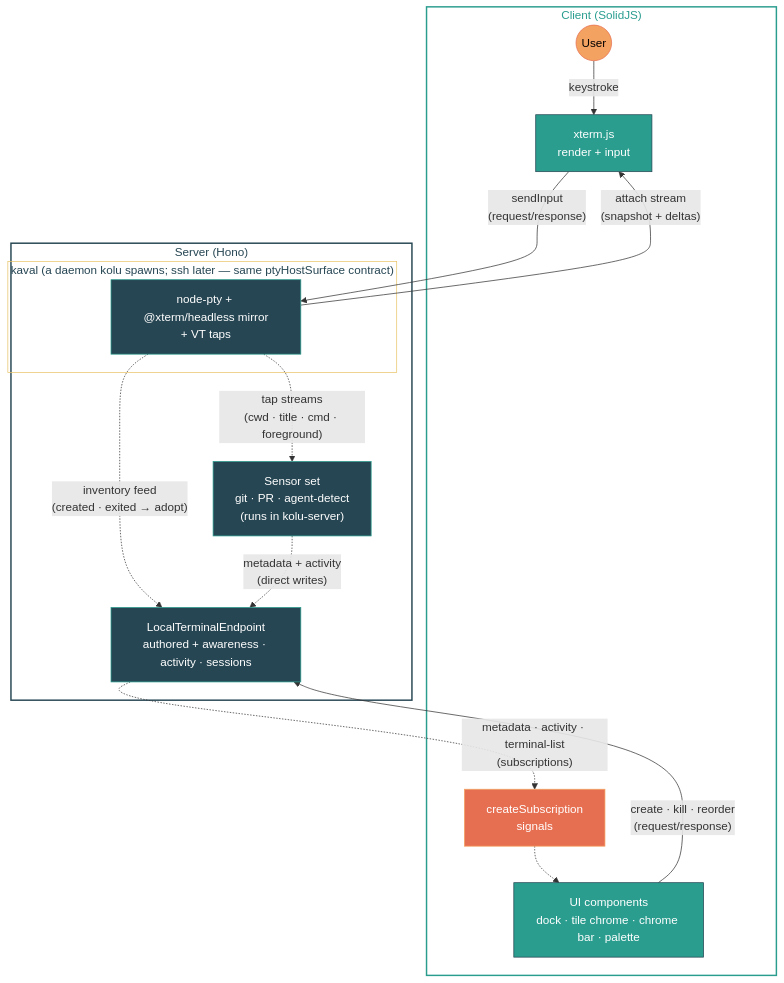
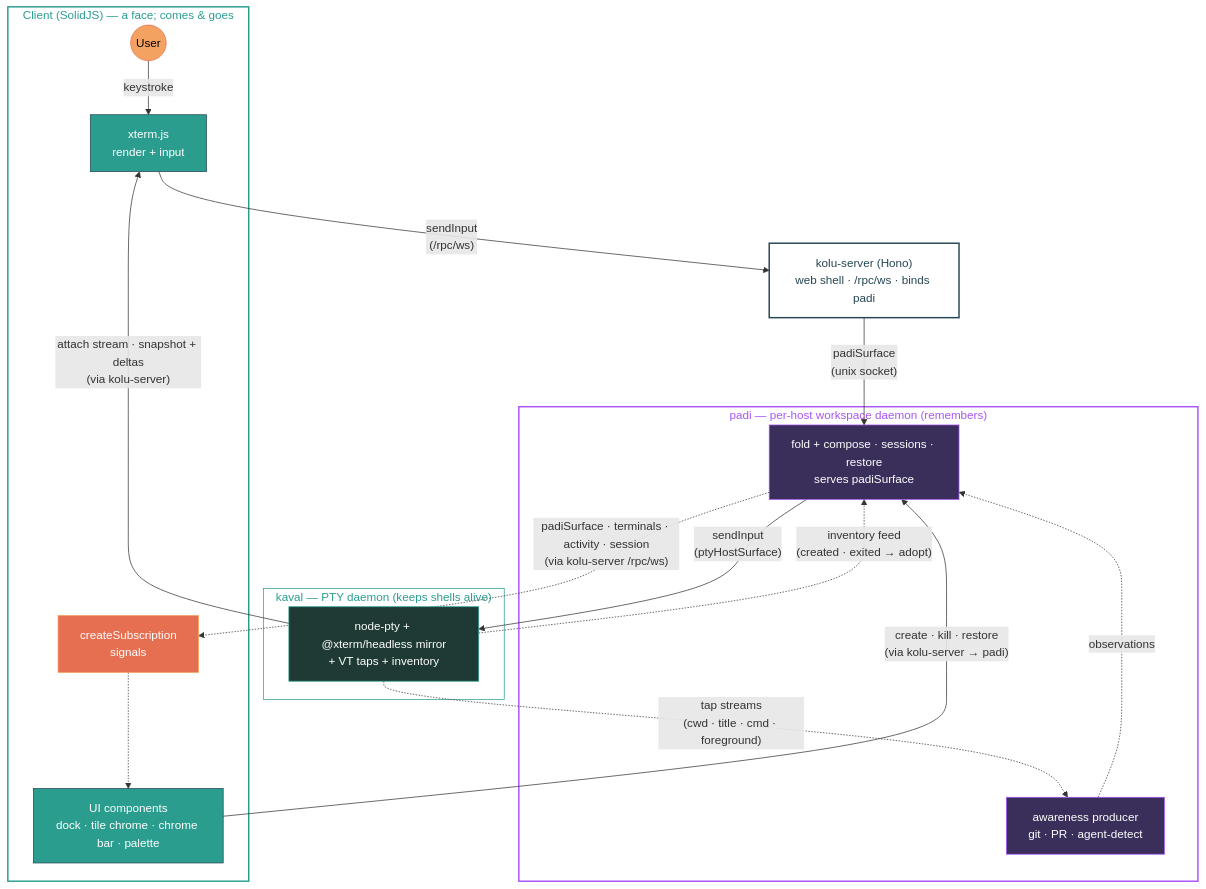
The diagram in README.md (juspay/kolu), drawn with Mermaid before and after one commit. The commit also changed other lines of this file and 1 other file, not shown here.

Commit message:
docs: correct pre-padi topology in README + do.md (post-W2.2)
The README architecture section still described the pre-padi world:
kolu-server owning/spawning kaval, sensors + the terminal endpoint running
in kolu-server, kaval namespaced by listen port, and "the padi process
arrives at W2.2" in future tense. Post-W2.2 (merged on master) the topology
is: PWA client → kolu-server (web shell, binds padi) → padi (per-host
workspace daemon; owns kaval) → kaval. Redrew the data-flow mermaid diagram
with a padi layer, and fixed the communication/data-flow prose and the
package-table rows accordingly. Added a padi/kaval doc-home pointer to
.agency/do.md so future topology changes land in the right READMEs.

Describes only what is merged on master; remote hosts (W3) stay "coming".

Claude-Session: https://claude.ai/code/session_01RfCSo9oyxyPeh3nyzYw5SD

````diff
--- a/README.md
+++ b/README.md
@@ -263,41 +265,49 @@
 ```mermaid
 flowchart TB
-  subgraph Client["Client (SolidJS)"]
+  subgraph Client["Client (SolidJS) — a face; comes & goes"]
     User((User)):::user
     Xterm["xterm.js\nrender + input"]:::client
     Subs["createSubscription\nsignals"]:::cache
     UI["UI components\ndock · tile chrome · chrome bar · palette"]:::client
   end
 
-  subgraph Server["Server (Hono)"]
-    subgraph PtyHost["kaval (a daemon kolu spawns; ssh later — same ptyHostSurface contract)"]
-      Host["node-pty + @xterm/headless mirror\n+ VT taps"]:::server
-    end
-    Sensors["Sensor set\ngit · PR · agent-detect\n(runs in kolu-server)"]:::server
-    Backend["LocalTerminalEndpoint\nauthored + awareness · activity · sessions"]:::server
+  Server["kolu-server (Hono)\nweb shell · /rpc/ws · binds padi"]:::server
+
+  subgraph Padi["padi — per-host workspace daemon (remembers)"]
+    Sensors["awareness producer\ngit · PR · agent-detect"]:::padi
+    Backend["fold + compose · sessions · restore\nserves padiSurface"]:::padi
   end
 
-  %% Terminal I/O loop (through the ptyHostSurface contract)
+  subgraph Kaval["kaval — PTY daemon (keeps shells alive)"]
+    Host["node-pty + @xterm/headless mirror\n+ VT taps + inventory"]:::kaval
+  end
+
+  %% Terminal I/O loop (browser → kolu-server → padi → kaval, over the contracts)
   User -->|"keystroke"| Xterm
-  Xterm -->|"sendInput\n(request/response)"| Host
-  Host -->|"attach stream\n(snapshot + deltas)"| Xterm
+  Xterm -->|"sendInput\n(/rpc/ws)"| Server
+  Server -->|"padiSurface\n(unix socket)"| Backend
+  Backend -->|"sendInput\n(ptyHostSurface)"| Host
+  Host -->|"attach stream · snapshot + deltas\n(via kolu-server)"| Xterm
 
   %% Metadata loop
   Host -.->|"tap streams\n(cwd · title · cmd · foreground)"| Sensors
   Host -.->|"inventory feed\n(created · exited → adopt)"| Backend
-  Sensors -.->|"metadata + activity\n(direct writes)"| Backend
-  Backend -.->|"metadata · activity · terminal-list\n(subscriptions)"| Subs
+  Sensors -.->|"observations"| Backend
+  Backend -.->|"padiSurface · terminals · activity · session\n(via kolu-server /rpc/ws)"| Subs
   Subs -.-> UI
 
   %% User actions
-  UI -->|"create · kill · reorder\n(request/response)"| Backend
+  UI -->|"create · kill · restore\n(via kolu-server → padi)"| Backend
 
   classDef user fill:#f4a261,stroke:#e76f51,color:#000
   classDef client fill:#2a9d8f,stroke:#264653,color:#fff
   classDef cache fill:#e76f51,stroke:#f4a261,color:#fff
   classDef server fill:#264653,stroke:#2a9d8f,color:#fff
+  classDef padi fill:#3a2f5b,stroke:#a855f7,color:#fff
+  classDef kaval fill:#1f3a34,stroke:#2a9d8f,color:#fff
 
   style Client fill:none,stroke:#2a9d8f,stroke-width:2px,color:#2a9d8f
   style Server fill:none,stroke:#264653,stroke-width:2px,color:#264653
-  style PtyHost fill:none,stroke:#e9c46a,stroke-width:1px,color:#264653
+  style Padi fill:none,stroke:#a855f7,stroke-width:2px,color:#a855f7
+  style Kaval fill:none,stroke:#2a9d8f,stroke-width:1px,color:#2a9d8f
 ```
````
